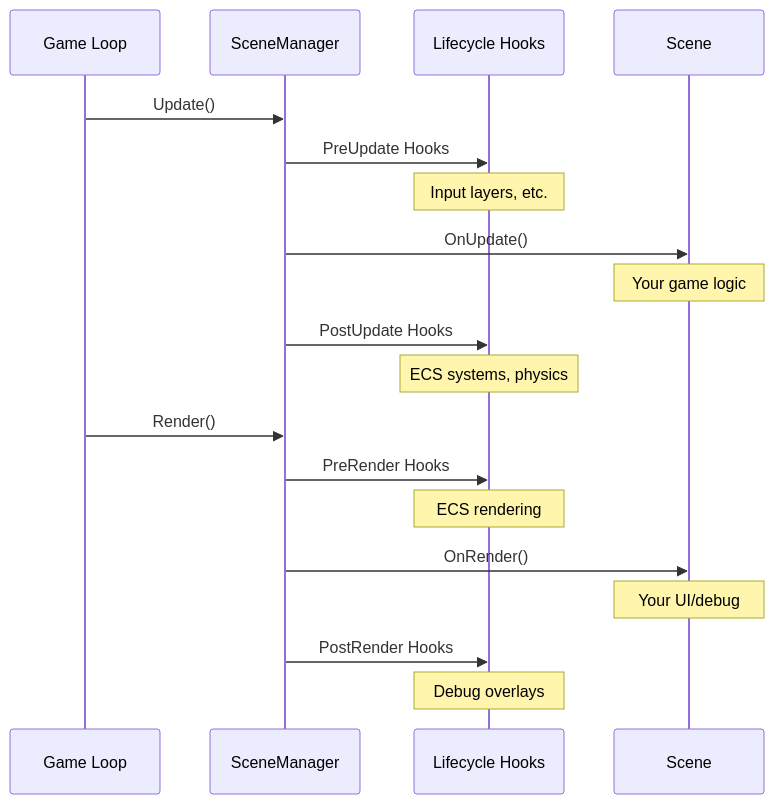
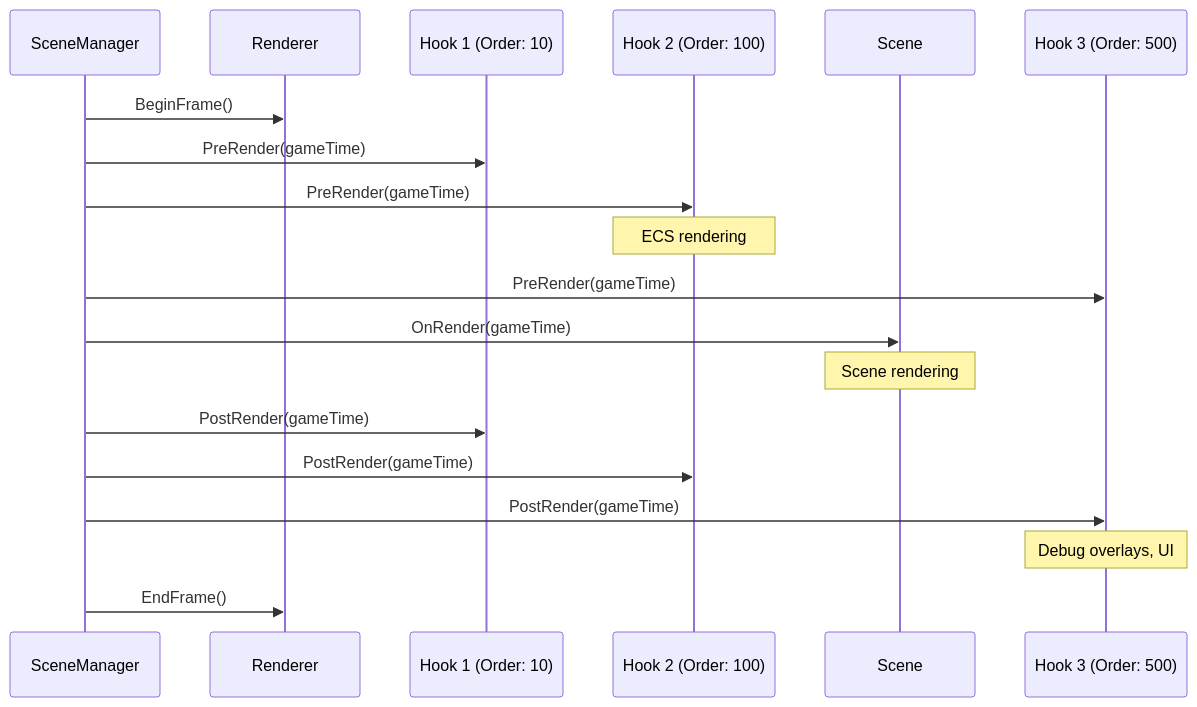
The second of 2 diagrams in docs/guides/scenes/lifecycle-hooks.md (CrazyPickleStudios/Brine2D-Documentation), drawn with Mermaid before and after one commit. The commit also changed other lines of this file and 8 other files, not shown here.

````diff
--- a/docs/guides/scenes/lifecycle-hooks.md
+++ b/docs/guides/scenes/lifecycle-hooks.md
@@ -184,29 +104,26 @@
-```mermaid
+~~~mermaid
 sequenceDiagram
-    participant GL as Game Loop
     participant SM as SceneManager
-    participant H as Lifecycle Hooks
+    participant R as Renderer
+    participant H1 as Hook 1 (Order: 10)
+    participant H2 as Hook 2 (Order: 100)
     participant S as Scene
+    participant H3 as Hook 3 (Order: 500)
     
-    GL->>SM: Update()
+    SM->>R: BeginFrame()
     
-    SM->>H: PreUpdate Hooks
-    Note over H: Input layers, etc.
+    SM->>H1: PreRender(gameTime)
+    SM->>H2: PreRender(gameTime)
+    Note over H2: ECS rendering
+    SM->>H3: PreRender(gameTime)
     
-    SM->>S: OnUpdate()
-    Note over S: Your game logic
+    SM->>S: OnRender(gameTime)
+    Note over S: Scene rendering
     
-    SM->>H: PostUpdate Hooks
-    Note over H: ECS systems, physics
+    SM->>H1: PostRender(gameTime)
+    SM->>H2: PostRender(gameTime)
+    SM->>H3: PostRender(gameTime)
+    Note over H3: Debug overlays, UI
     
-    GL->>SM: Render()
-    
-    SM->>H: PreRender Hooks
-    Note over H: ECS rendering
-    
-    SM->>S: OnRender()
-    Note over S: Your UI/debug
-    
-    SM->>H: PostRender Hooks
-    Note over H: Debug overlays
-```
+    SM->>R: EndFrame()
+~~~
````
